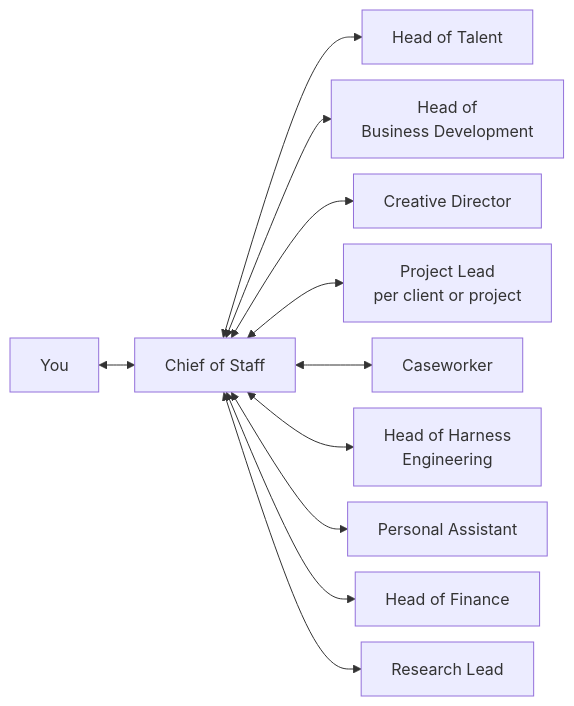
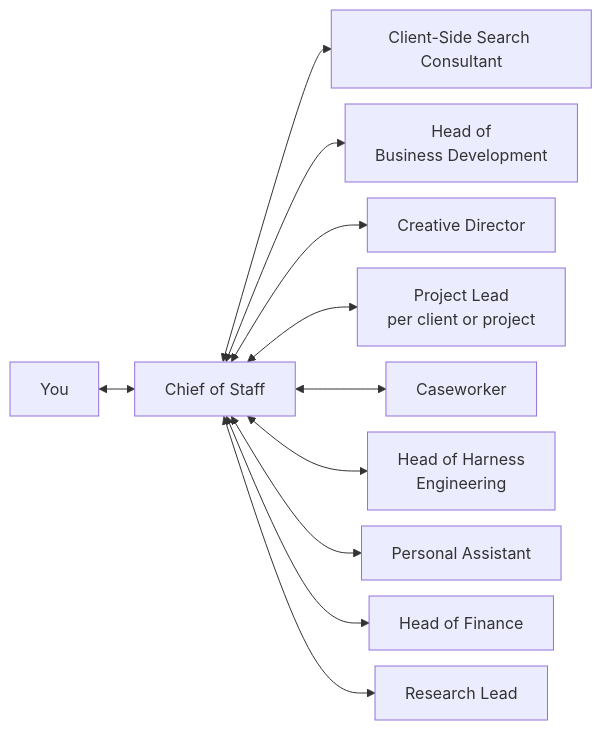
The first of 2 diagrams in README.md (benohanlon/ooda-harness), drawn with Mermaid before and after one commit. The commit also changed other lines of this file and 7 other files, not shown here.

First line of the commit message:
Rename Harry’s role file to Client-Side Search Consultant (#54)

````diff
--- a/README.md
+++ b/README.md
@@ -161,23 +161,23 @@
 ```mermaid
 ---
 config:
   layout: dagre
   look: classic
   flowchart:
     nodeSpacing: 16
     rankSpacing: 36
     wrappingWidth: 200
     minNodeWidth: 0
 ---
 flowchart LR
     human["You"] <--> chief["Chief of Staff"]
-    chief <--> talent["Head of Talent"]
+    chief <--> talent["Client-Side Search Consultant"]
     chief <--> business["Head of<br/>Business Development"]
     chief <--> creative["Creative Director"]
     chief <--> project["Project Lead<br/>per client or project"]
     chief <--> caseworker["Caseworker"]
     chief <--> engineering["Head of Harness<br/>Engineering"]
     chief <--> assistant["Personal Assistant"]
     chief <--> finance["Head of Finance"]
     chief <--> research["Research Lead"]
 ```
````
